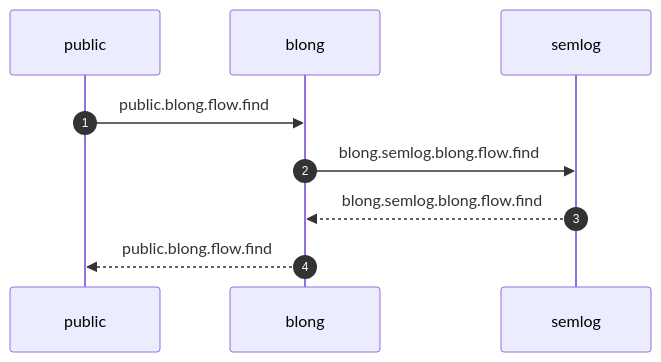
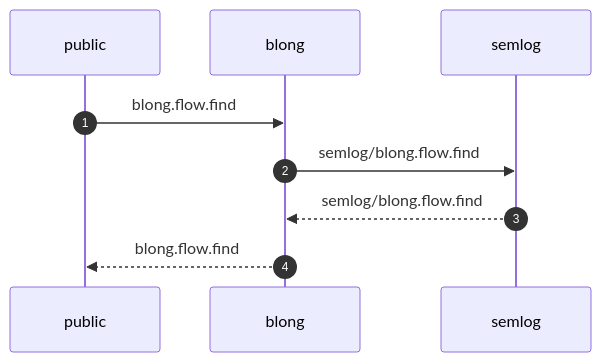
Before and after one commit to feasibleone/blong: the diagram in core/blong-realm/docs/observedFlows.md, drawn with Mermaid. The commit also changed 47 other files, not shown here.

````diff
--- a/core/blong-realm/docs/observedFlows.md
+++ b/core/blong-realm/docs/observedFlows.md
@@ -3,11 +3,11 @@
 ```mermaid
 sequenceDiagram
     autonumber
     participant public
     participant blong
     participant semlog
-    public->>blong: public.blong.flow.find
-    blong->>semlog: blong.semlog.blong.flow.find
-    semlog-->>blong: blong.semlog.blong.flow.find
-    blong-->>public: public.blong.flow.find
+    public->>blong: blong.flow.find
+    blong->>semlog: semlog/blong.flow.find
+    semlog-->>blong: semlog/blong.flow.find
+    blong-->>public: blong.flow.find
 ```
````
